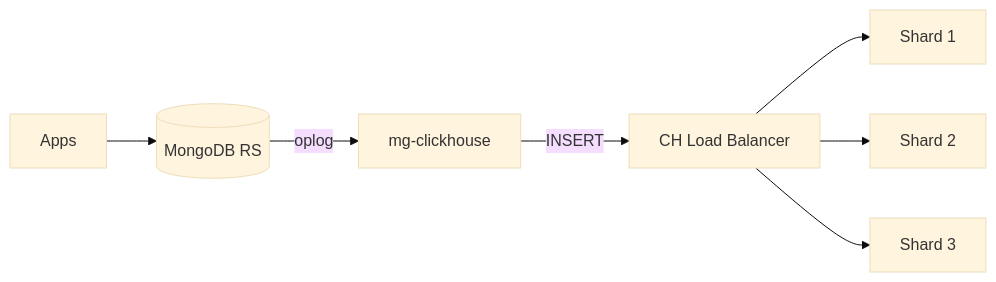
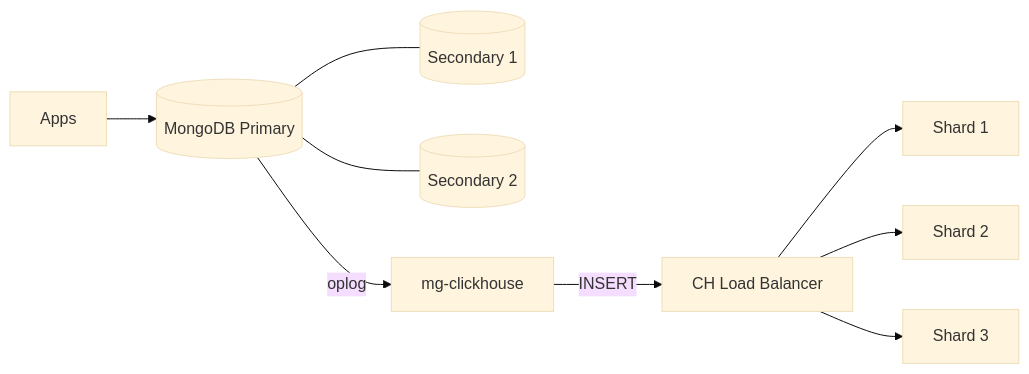
One commit to mrityunjaysharma/mongo-flux changed the sixth of 6 diagrams in docs/design.md. Above: the diagram before and after it, drawn with Mermaid (base theme). The commit also changed other lines of this file and 5 other files, not shown here.

Commit message:
modify architecture

````diff
--- a/docs/design.md
+++ b/docs/design.md
@@ -161,9 +178,11 @@
 ```mermaid
 flowchart LR
-    APP[Apps] --> MG[(MongoDB RS)]
-    MG -->|oplog| MGC[mg-clickhouse]
+    APP[Apps] --> MGP[(MongoDB Primary)]
+    MGP --- MGS1[(Secondary 1)]
+    MGP --- MGS2[(Secondary 2)]
+    MGP -->|oplog| MGC[mg-clickhouse]
     MGC -->|INSERT| LB[CH Load Balancer]
     LB --> S1[Shard 1]
     LB --> S2[Shard 2]
     LB --> S3[Shard 3]
 ```
````
